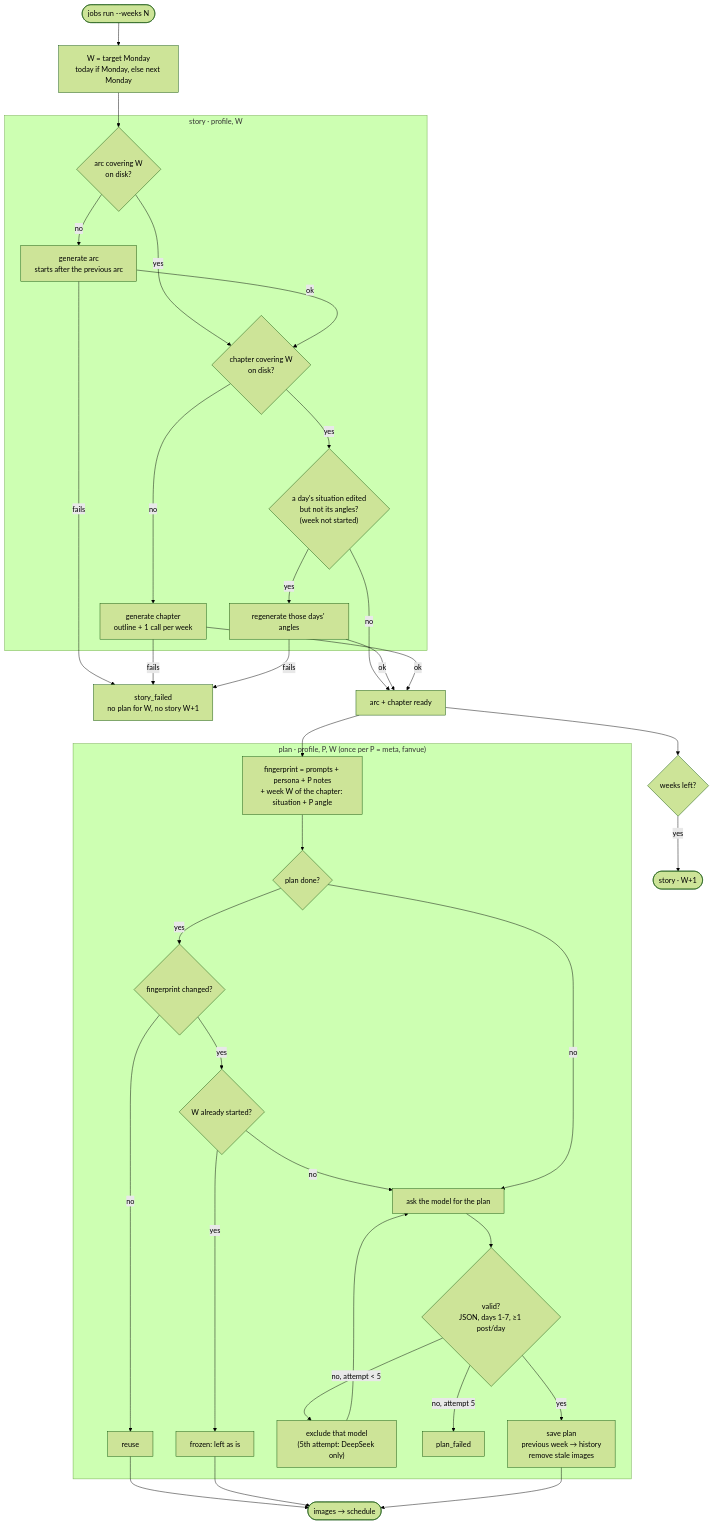
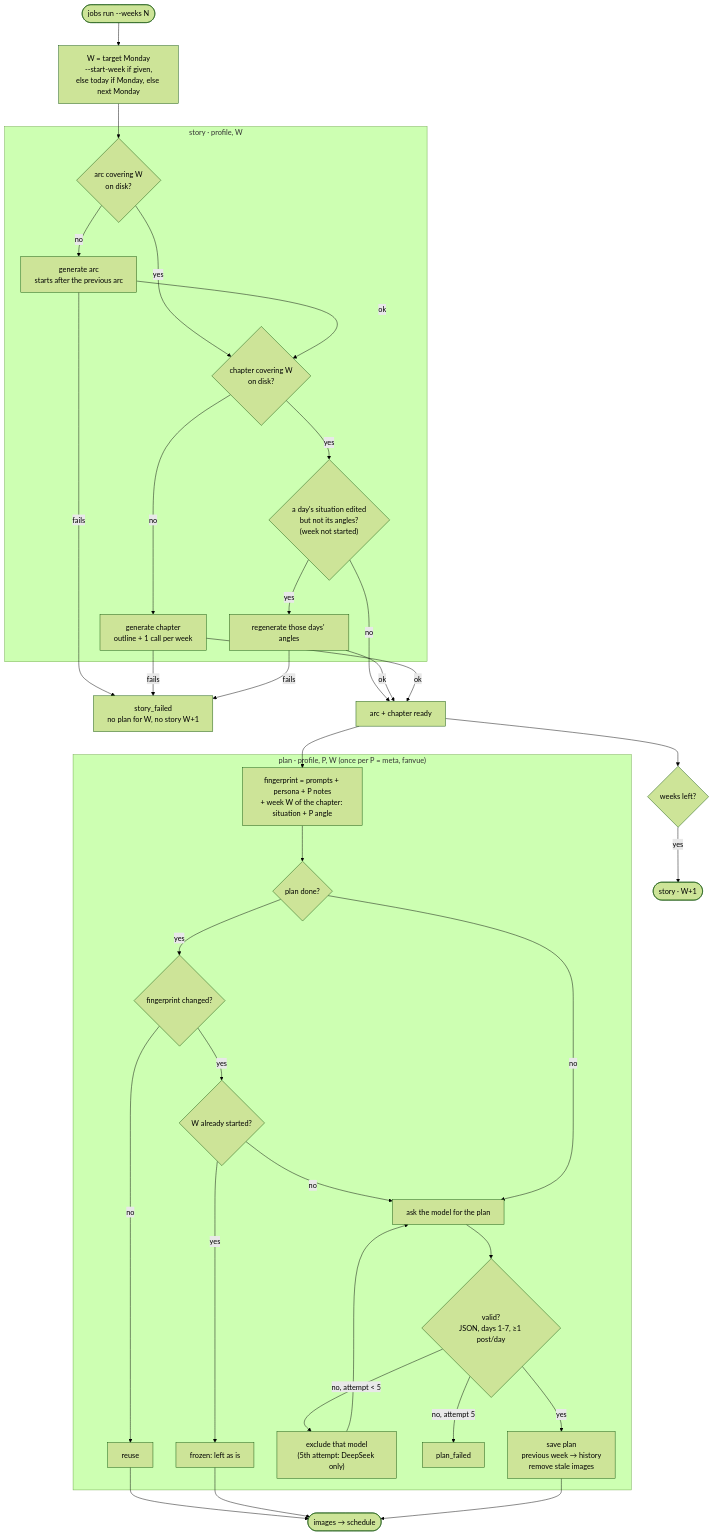
One commit to el-gran-golpe/el-xurrer changed the diagram in docs/story-dag.md. Above: the diagram before and after it, drawn with Mermaid (forest theme). The commit also changed 10 other files, not shown here.

````diff
--- a/docs/story-dag.md
+++ b/docs/story-dag.md
@@ -10,46 +10,46 @@
 ```mermaid
 flowchart TD
-  RUN(["jobs run --weeks N"]) --> W["W = target Monday<br/>today if Monday, else next Monday"]
+  RUN(["jobs run --weeks N"]) --> W["W = target Monday<br/>--start-week if given,<br/>else today if Monday, else next Monday"]
   W --> A1
 
   subgraph STORY["story · profile, W"]
     A1{"arc covering W<br/>on disk?"}
     A1 -- no --> A2["generate arc<br/>starts after the previous arc"]
     A1 -- yes --> C1
     A2 -- ok --> C1
     C1{"chapter covering W<br/>on disk?"}
     C1 -- no --> C2["generate chapter<br/>outline + 1 call per week"]
     C1 -- yes --> E1{"a day's situation edited<br/>but not its angles?<br/>(week not started)"}
     E1 -- yes --> E2["regenerate those days' angles"]
   end
 
   A2 -- fails --> SF["story_failed<br/>no plan for W, no story W+1"]
   C2 -- fails --> SF
   E2 -- fails --> SF
   E1 -- no --> OK["arc + chapter ready"]
   E2 -- ok --> OK
   C2 -- ok --> OK
 
   OK --> NX{"weeks left?"}
   NX -- yes --> NEXT(["story · W+1"])
   OK --> H
 
   subgraph PLAN["plan · profile, P, W   (once per P = meta, fanvue)"]
     H["fingerprint = prompts + persona + P notes<br/>+ week W of the chapter: situation + P angle"]
     H --> D{"plan done?"}
     D -- yes --> HC{"fingerprint changed?"}
     HC -- no --> R["reuse"]
     HC -- yes --> FZ{"W already started?"}
     FZ -- yes --> FR["frozen: left as is"]
     FZ -- no --> G
     D -- no --> G["ask the model for the plan"]
     G --> V{"valid?<br/>JSON, days 1-7, ≥1 post/day"}
     V -- "no, attempt < 5" --> X["exclude that model<br/>(5th attempt: DeepSeek only)"] --> G
     V -- "no, attempt 5" --> PF["plan_failed"]
     V -- yes --> SV["save plan<br/>previous week → history<br/>remove stale images"]
   end
 
   R --> IMG(["images → schedule"])
   FR --> IMG
   SV --> IMG
 ```
````
